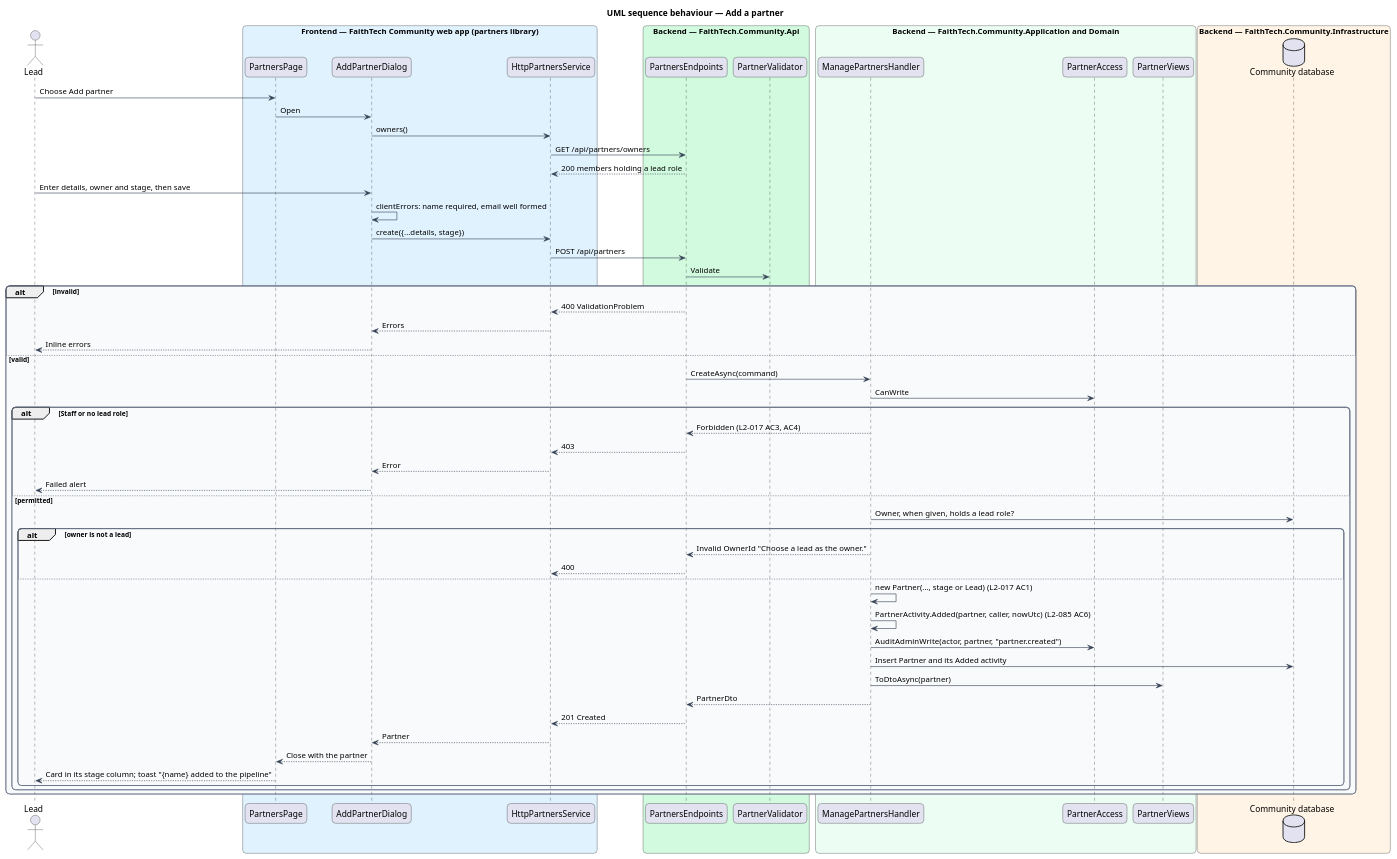
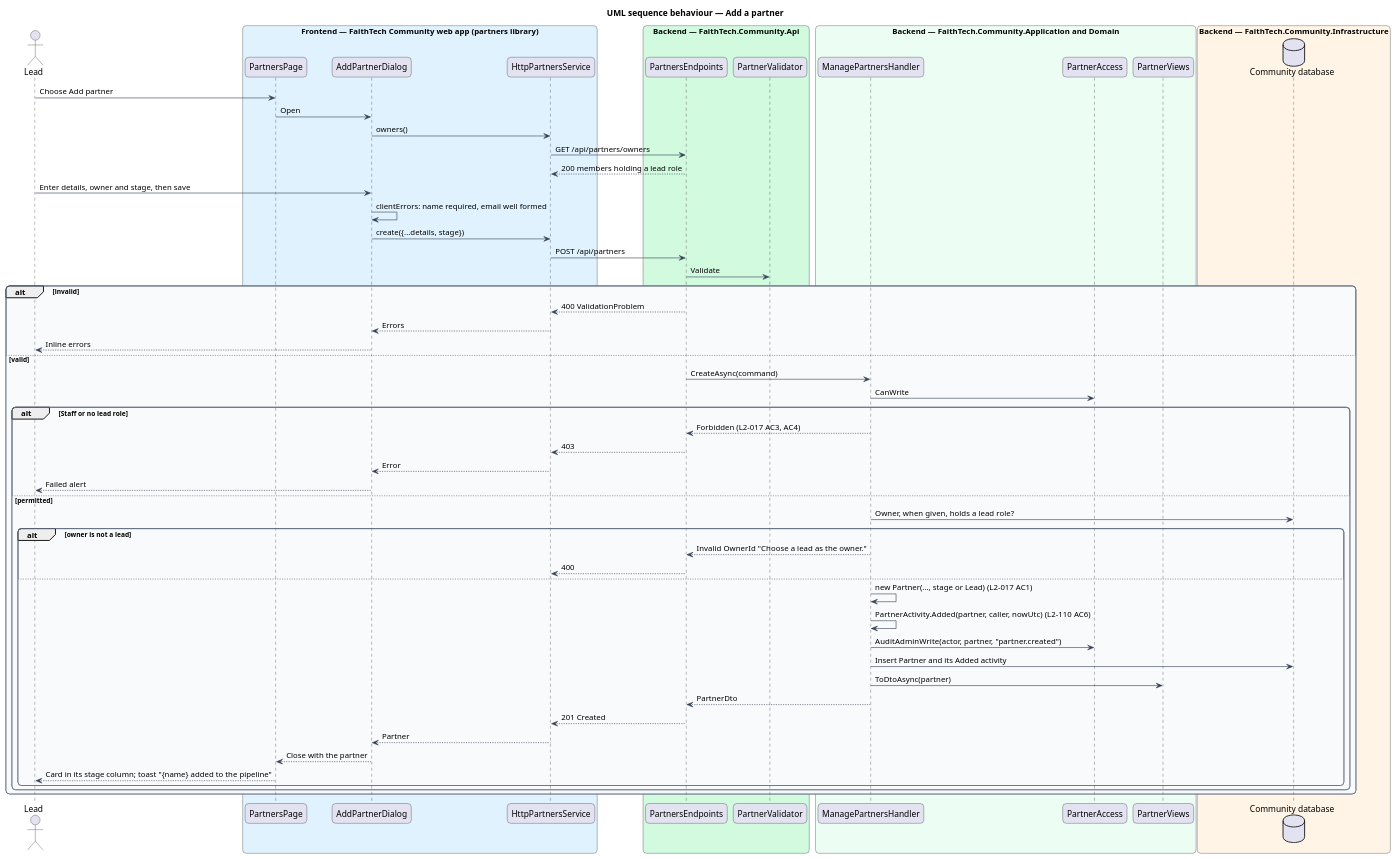
One commit to QuinntyneBrown/faithtech-community changed the diagram in docs/detailed-designs/partners/manage-partners/diagrams/sequence-add-partner.puml. Above: the diagram before and after it, drawn with PlantUML. The commit also changed 243 other files, not shown here.

```diff
--- a/docs/detailed-designs/partners/manage-partners/diagrams/sequence-add-partner.puml
+++ b/docs/detailed-designs/partners/manage-partners/diagrams/sequence-add-partner.puml
@@ -1,76 +1,76 @@
 @startuml
 title UML sequence behaviour — Add a partner
 skinparam backgroundColor #FFFFFF
 skinparam shadowing false
 skinparam roundcorner 12
 skinparam defaultFontName Arial
 skinparam ArrowColor #344054
 skinparam rectangle {
   BorderColor #344054
   FontColor #101828
 }
 skinparam package {
   BorderColor #667085
   FontColor #101828
   BackgroundColor #F9FAFB
 }
 actor "Lead" as actor
 box "Frontend — FaithTech Community web app (partners library)" #E0F2FE
   participant "PartnersPage" as board
   participant "AddPartnerDialog" as dlg
   participant "HttpPartnersService" as svc
 end box
 box "Backend — FaithTech.Community.Api" #D1FADF
   participant "PartnersEndpoints" as ep
   participant "PartnerValidator" as v
 end box
 box "Backend — FaithTech.Community.Application and Domain" #ECFDF3
   participant "ManagePartnersHandler" as h
   participant "PartnerAccess" as acc
   participant "PartnerViews" as views
 end box
 box "Backend — FaithTech.Community.Infrastructure" #FFF4E5
   database "Community database" as db
 end box
 actor -> board : Choose Add partner
 board -> dlg : Open
 dlg -> svc : owners()
 svc -> ep : GET /api/partners/owners
 ep --> svc : 200 members holding a lead role
 actor -> dlg : Enter details, owner and stage, then save
 dlg -> dlg : clientErrors: name required, email well formed
 dlg -> svc : create({...details, stage})
 svc -> ep : POST /api/partners
 ep -> v : Validate
 alt invalid
   ep --> svc : 400 ValidationProblem
   svc --> dlg : Errors
   dlg --> actor : Inline errors
 else valid
   ep -> h : CreateAsync(command)
   h -> acc : CanWrite
   alt Staff or no lead role
     h --> ep : Forbidden (L2-017 AC3, AC4)
     ep --> svc : 403
     svc --> dlg : Error
     dlg --> actor : Failed alert
   else permitted
     h -> db : Owner, when given, holds a lead role?
     alt owner is not a lead
       h --> ep : Invalid OwnerId "Choose a lead as the owner."
       ep --> svc : 400
     else
       h -> h : new Partner(..., stage or Lead) (L2-017 AC1)
-      h -> h : PartnerActivity.Added(partner, caller, nowUtc) (L2-085 AC6)
+      h -> h : PartnerActivity.Added(partner, caller, nowUtc) (L2-110 AC6)
       h -> acc : AuditAdminWrite(actor, partner, "partner.created")
       h -> db : Insert Partner and its Added activity
       h -> views : ToDtoAsync(partner)
       h --> ep : PartnerDto
       ep --> svc : 201 Created
       svc --> dlg : Partner
       dlg --> board : Close with the partner
       board --> actor : Card in its stage column; toast "{name} added to the pipeline"
     end
   end
 end
 @enduml
```
